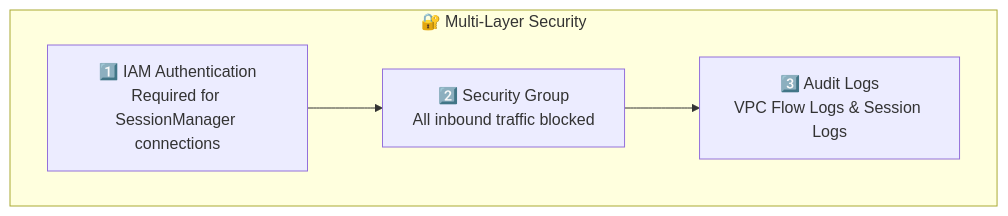
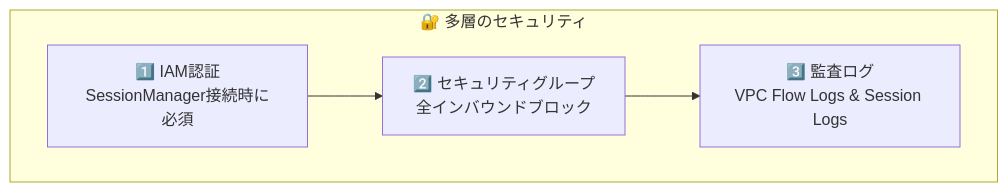
The third of 4 diagrams in README.md (sukekyo26/ec2-workstation), drawn with Mermaid before and after one commit. The commit also changed other lines of this file and 3 other files, not shown here.

````diff
--- a/README.md
+++ b/README.md
@@ -129,9 +127,9 @@
 ```mermaid
 flowchart TB
-    subgraph Security["🔐 Multi-Layer Security"]
-        L1["1️⃣ IAM Authentication<br/>Required for SessionManager connections"]
-        L2["2️⃣ Security Group<br/>All inbound traffic blocked"]
-        L3["3️⃣ Audit Logs<br/>VPC Flow Logs & Session Logs"]
+    subgraph Security["🔐 多層のセキュリティ"]
+        L1["1️⃣ IAM認証<br/>SessionManager接続時に必須"]
+        L2["2️⃣ セキュリティグループ<br/>全インバウンドブロック"]
+        L3["3️⃣ 監査ログ<br/>VPC Flow Logs & Session Logs"]
     end
     L1 --> L2 --> L3
 ```
````
